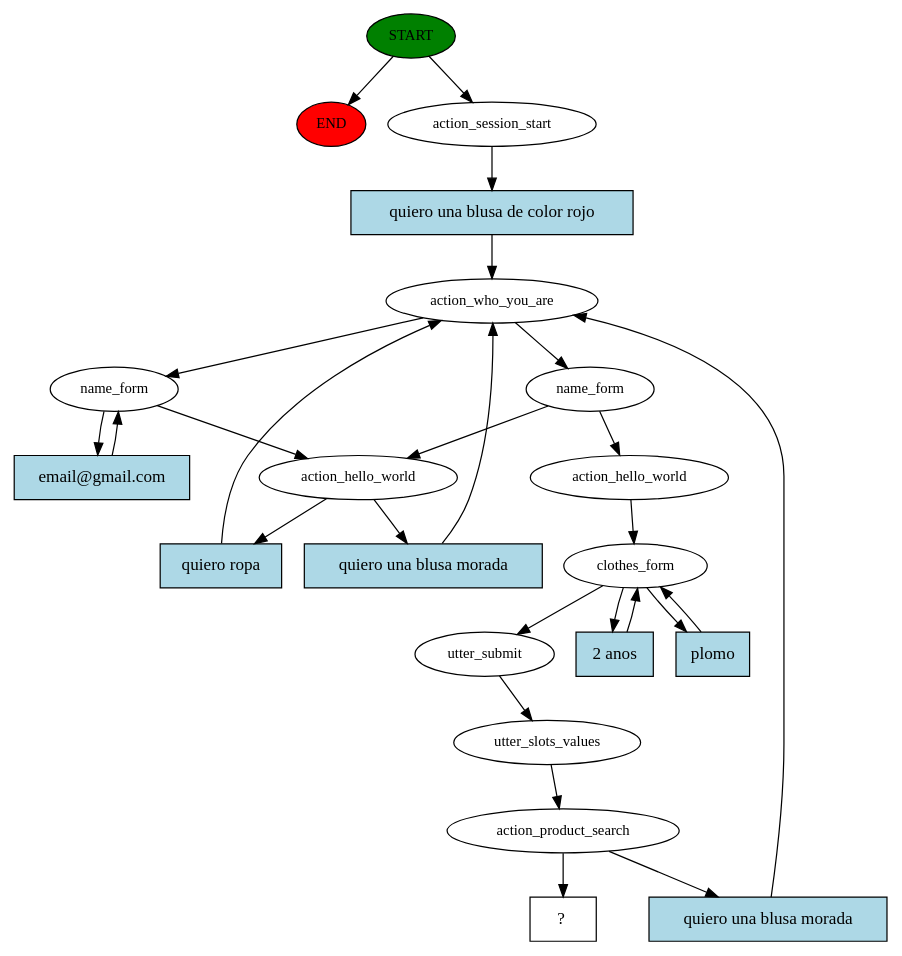
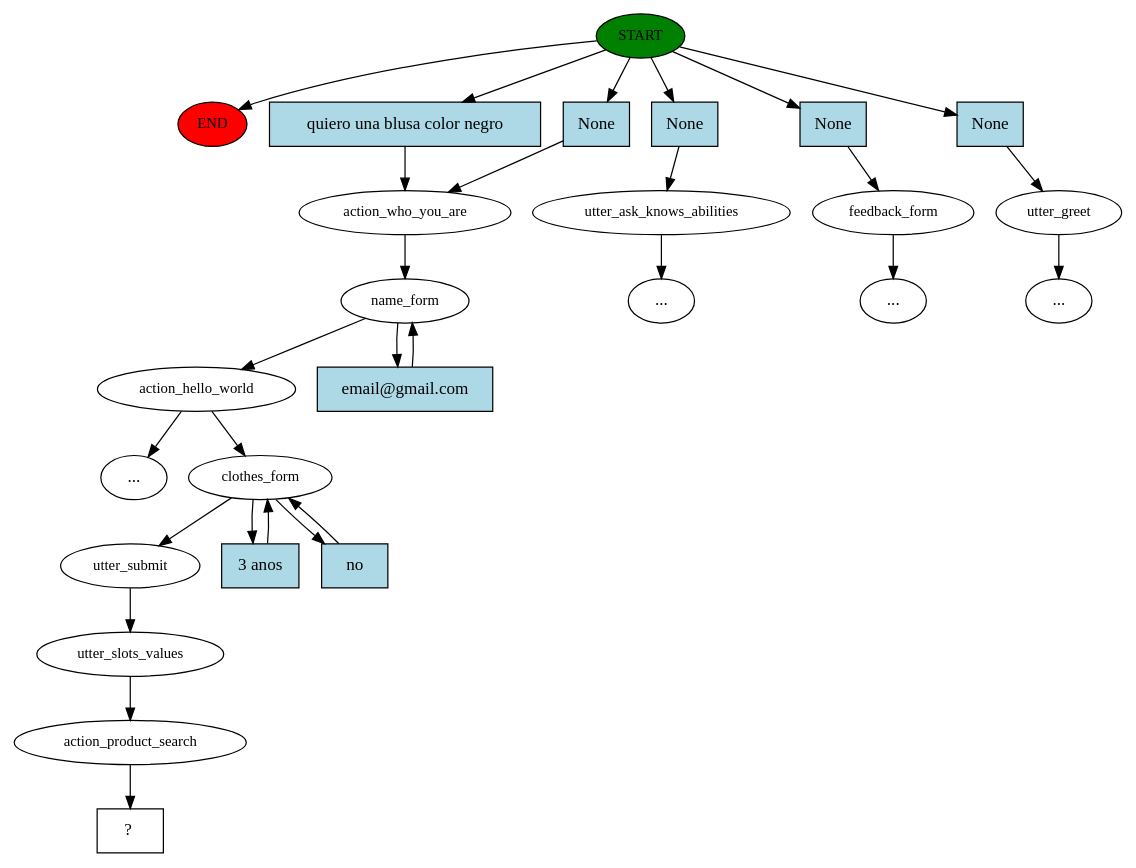
Before and after one commit to kabirivan/Ecommerce-Assistant-Jasmine: the diagram in story_graph.dot, drawn with Graphviz. The commit also changed 2 other files, not shown here.

```diff
--- a/story_graph.dot
+++ b/story_graph.dot
@@ -1,48 +1,55 @@
 digraph  {
 0 [class="start active", fillcolor=green, fontsize=12, label=START, style=filled];
 "-1" [class=end, fillcolor=red, fontsize=12, label=END, style=filled];
-1 [class=active, fontsize=12, label=action_session_start];
-2 [class=active, fontsize=12, label=action_who_you_are];
-3 [class=active, fontsize=12, label=name_form];
-6 [class=active, fontsize=12, label=action_hello_world];
-8 [class=active, fontsize=12, label=name_form];
-9 [class=active, fontsize=12, label=action_hello_world];
-10 [class=active, fontsize=12, label=clothes_form];
-15 [class=active, fontsize=12, label=utter_submit];
-16 [class=active, fontsize=12, label=utter_slots_values];
-17 [class=active, fontsize=12, label=action_product_search];
-28 [class="intent dashed active", label="  ?  ", shape=rect];
-29 [class="intent active", fillcolor=lightblue, label="quiero una blusa de color rojo", shape=rect, style=filled];
-30 [class="intent active", fillcolor=lightblue, label="email@gmail.com", shape=rect, style=filled];
-31 [class="intent active", fillcolor=lightblue, label="quiero ropa", shape=rect, style=filled];
-32 [class="intent active", fillcolor=lightblue, label="quiero una blusa morada", shape=rect, style=filled];
-33 [class="intent active", fillcolor=lightblue, label="2 anos", shape=rect, style=filled];
-34 [class="intent active", fillcolor=lightblue, label=plomo, shape=rect, style=filled];
-35 [class="intent active", fillcolor=lightblue, label="quiero una blusa morada", shape=rect, style=filled];
+1 [class=active, fontsize=12, label=action_who_you_are];
+2 [class=active, fontsize=12, label=name_form];
+3 [class=active, fontsize=12, label=action_hello_world];
+"-4" [class=ellipsis, label="..."];
+7 [class="", fontsize=12, label=utter_ask_knows_abilities];
+"-5" [class=ellipsis, label="..."];
+8 [class="", fontsize=12, label=feedback_form];
+"-6" [class=ellipsis, label="..."];
+9 [class="", fontsize=12, label=utter_greet];
+"-8" [class=ellipsis, label="..."];
+16 [class=active, fontsize=12, label=clothes_form];
+19 [class=active, fontsize=12, label=utter_submit];
+20 [class=active, fontsize=12, label=utter_slots_values];
+21 [class=active, fontsize=12, label=action_product_search];
+22 [class="intent dashed active", label="  ?  ", shape=rect];
+23 [class="intent active", fillcolor=lightblue, label="quiero una blusa color negro", shape=rect, style=filled];
+24 [class=intent, fillcolor=lightblue, label=None, shape=rect, style=filled];
+25 [class=intent, fillcolor=lightblue, label=None, shape=rect, style=filled];
+26 [class=intent, fillcolor=lightblue, label=None, shape=rect, style=filled];
+27 [class=intent, fillcolor=lightblue, label=None, shape=rect, style=filled];
+28 [class="intent active", fillcolor=lightblue, label="email@gmail.com", shape=rect, style=filled];
+29 [class="intent active", fillcolor=lightblue, label="3 anos", shape=rect, style=filled];
+30 [class="intent active", fillcolor=lightblue, label=no, shape=rect, style=filled];
 0 -> "-1"  [class="", key=NONE, label=""];
-0 -> 1  [class=active, key=NONE, label=""];
-1 -> 29  [class=active, key=0];
+0 -> 23  [class=active, key=0];
+0 -> 24  [class="", key=0];
+0 -> 25  [class="", key=0];
+0 -> 26  [class="", key=0];
+0 -> 27  [class="", key=0];
+1 -> 2  [class=active, key=NONE, label=""];
 2 -> 3  [class=active, key=NONE, label=""];
-2 -> 8  [class=active, key=NONE, label=""];
-3 -> 6  [class=active, key=NONE, label=""];
-3 -> 30  [class=active, key=0];
-6 -> 31  [class=active, key=0];
-6 -> 32  [class=active, key=0];
-8 -> 9  [class=active, key=NONE, label=""];
-8 -> 6  [class=active, key=NONE, label=""];
-9 -> 10  [class=active, key=NONE, label=""];
-10 -> 15  [class=active, key=NONE, label=""];
-10 -> 33  [class=active, key=0];
-10 -> 34  [class=active, key=0];
-15 -> 16  [class=active, key=NONE, label=""];
-16 -> 17  [class=active, key=NONE, label=""];
-17 -> 28  [class=active, key=NONE, label=""];
-17 -> 35  [class=active, key=0];
-29 -> 2  [class=active, key=0];
-30 -> 3  [class=active, key=0];
-31 -> 2  [class=active, key=0];
-32 -> 2  [class=active, key=0];
-33 -> 10  [class=active, key=0];
-34 -> 10  [class=active, key=0];
-35 -> 2  [class=active, key=0];
+2 -> 28  [class=active, key=0];
+3 -> "-4"  [class="", key=NONE, label=""];
+3 -> 16  [class=active, key=NONE, label=""];
+7 -> "-5"  [class="", key=NONE, label=""];
+8 -> "-6"  [class="", key=NONE, label=""];
+9 -> "-8"  [class="", key=NONE, label=""];
+16 -> 19  [class=active, key=NONE, label=""];
+16 -> 29  [class=active, key=0];
+16 -> 30  [class=active, key=0];
+19 -> 20  [class=active, key=NONE, label=""];
+20 -> 21  [class=active, key=NONE, label=""];
+21 -> 22  [class=active, key=NONE, label=""];
+23 -> 1  [class=active, key=0];
+24 -> 1  [class="", key=0];
+25 -> 7  [class="", key=0];
+26 -> 8  [class="", key=0];
+27 -> 9  [class="", key=0];
+28 -> 2  [class=active, key=0];
+29 -> 16  [class=active, key=0];
+30 -> 16  [class=active, key=0];
 }
```
